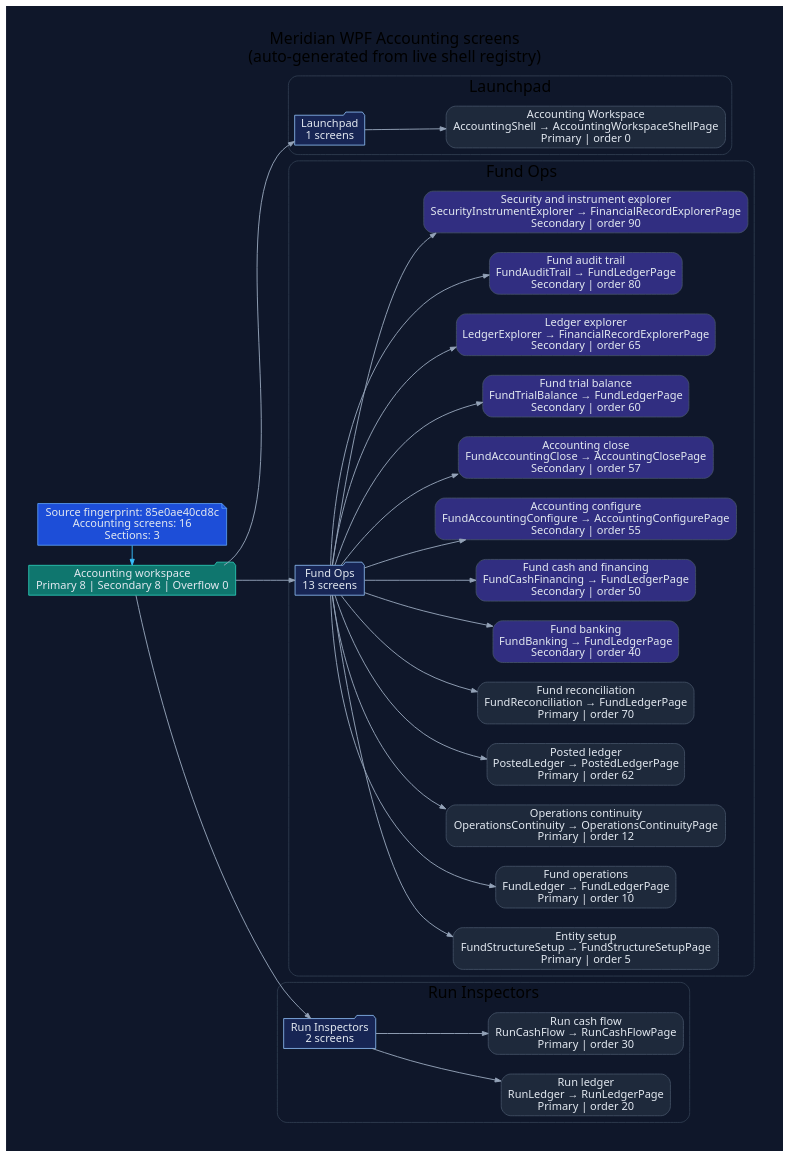
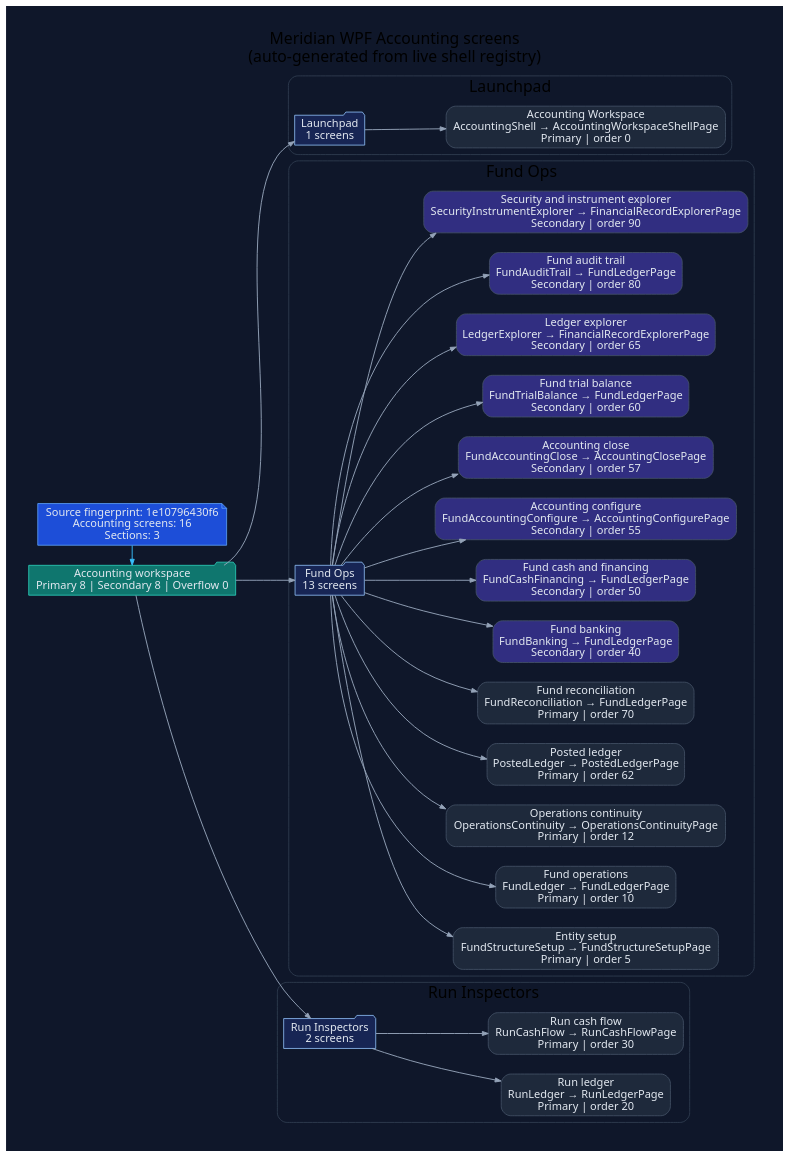
Before and after one commit to rodoHasArrived/Meridian-main: the diagram in docs/diagrams/ui/ui-wpf-screens-accounting.dot, drawn with Graphviz. The commit also changed 644 other files, not shown here.

```diff
--- a/docs/diagrams/ui/ui-wpf-screens-accounting.dot
+++ b/docs/diagrams/ui/ui-wpf-screens-accounting.dot
@@ -1,82 +1,82 @@
 // -----------------------------------------------------------------------------
 // <auto-generated>
 // Generated by scripts/generate-diagrams.mjs.
 // Do not edit this file directly; update the WPF source files instead.
 // -----------------------------------------------------------------------------
 digraph WpfAccountingScreens {
   graph [
     rankdir=LR,
     labelloc=t,
     label="Meridian WPF Accounting screens\n(auto-generated from live shell registry)",
     fontname="Segoe UI",
     fontsize=20,
     pad=0.4,
     nodesep=0.35,
     ranksep=0.85,
     bgcolor="#0f172a"
   ];
   node [fontname="Segoe UI", shape=box, style="rounded,filled", color="#475569", fontcolor="#e2e8f0", fillcolor="#1e293b"];
   edge [fontname="Segoe UI", color="#94a3b8", penwidth=1.2, arrowsize=0.75];
 
-  generated [shape=note, fillcolor="#1d4ed8", color="#60a5fa", label="Source fingerprint: 85e0ae40cd8c\nAccounting screens: 16\nSections: 3"];
+  generated [shape=note, fillcolor="#1d4ed8", color="#60a5fa", label="Source fingerprint: 1e10796430f6\nAccounting screens: 16\nSections: 3"];
   workspace [shape=folder, fillcolor="#0f766e", color="#2dd4bf", label="Accounting workspace\nPrimary 8 | Secondary 8 | Overflow 0"];
   generated -> workspace [color="#38bdf8"];
 
   subgraph cluster_section_1 {
     label="Launchpad";
     color="#334155";
     style="rounded";
     section_1 [shape=folder, fillcolor="#172554", color="#93c5fd", label="Launchpad\n1 screens"];
     workspace -> section_1;
     screen_AccountingShell [fillcolor="#1e293b", label="Accounting Workspace\nAccountingShell → AccountingWorkspaceShellPage\nPrimary | order 0"];
     section_1 -> screen_AccountingShell;
   }
 
   subgraph cluster_section_2 {
     label="Fund Ops";
     color="#334155";
     style="rounded";
     section_2 [shape=folder, fillcolor="#172554", color="#93c5fd", label="Fund Ops\n13 screens"];
     workspace -> section_2;
     screen_FundStructureSetup [fillcolor="#1e293b", label="Entity setup\nFundStructureSetup → FundStructureSetupPage\nPrimary | order 5"];
     section_2 -> screen_FundStructureSetup;
     screen_FundLedger [fillcolor="#1e293b", label="Fund operations\nFundLedger → FundLedgerPage\nPrimary | order 10"];
     section_2 -> screen_FundLedger;
     screen_OperationsContinuity [fillcolor="#1e293b", label="Operations continuity\nOperationsContinuity → OperationsContinuityPage\nPrimary | order 12"];
     section_2 -> screen_OperationsContinuity;
     screen_PostedLedger [fillcolor="#1e293b", label="Posted ledger\nPostedLedger → PostedLedgerPage\nPrimary | order 62"];
     section_2 -> screen_PostedLedger;
     screen_FundReconciliation [fillcolor="#1e293b", label="Fund reconciliation\nFundReconciliation → FundLedgerPage\nPrimary | order 70"];
     section_2 -> screen_FundReconciliation;
     screen_FundBanking [fillcolor="#312e81", label="Fund banking\nFundBanking → FundLedgerPage\nSecondary | order 40"];
     section_2 -> screen_FundBanking;
     screen_FundCashFinancing [fillcolor="#312e81", label="Fund cash and financing\nFundCashFinancing → FundLedgerPage\nSecondary | order 50"];
     section_2 -> screen_FundCashFinancing;
     screen_FundAccountingConfigure [fillcolor="#312e81", label="Accounting configure\nFundAccountingConfigure → AccountingConfigurePage\nSecondary | order 55"];
     section_2 -> screen_FundAccountingConfigure;
     screen_FundAccountingClose [fillcolor="#312e81", label="Accounting close\nFundAccountingClose → AccountingClosePage\nSecondary | order 57"];
     section_2 -> screen_FundAccountingClose;
     screen_FundTrialBalance [fillcolor="#312e81", label="Fund trial balance\nFundTrialBalance → FundLedgerPage\nSecondary | order 60"];
     section_2 -> screen_FundTrialBalance;
     screen_LedgerExplorer [fillcolor="#312e81", label="Ledger explorer\nLedgerExplorer → FinancialRecordExplorerPage\nSecondary | order 65"];
     section_2 -> screen_LedgerExplorer;
     screen_FundAuditTrail [fillcolor="#312e81", label="Fund audit trail\nFundAuditTrail → FundLedgerPage\nSecondary | order 80"];
     section_2 -> screen_FundAuditTrail;
     screen_SecurityInstrumentExplorer [fillcolor="#312e81", label="Security and instrument explorer\nSecurityInstrumentExplorer → FinancialRecordExplorerPage\nSecondary | order 90"];
     section_2 -> screen_SecurityInstrumentExplorer;
   }
 
   subgraph cluster_section_3 {
     label="Run Inspectors";
     color="#334155";
     style="rounded";
     section_3 [shape=folder, fillcolor="#172554", color="#93c5fd", label="Run Inspectors\n2 screens"];
     workspace -> section_3;
     screen_RunLedger [fillcolor="#1e293b", label="Run ledger\nRunLedger → RunLedgerPage\nPrimary | order 20"];
     section_3 -> screen_RunLedger;
     screen_RunCashFlow [fillcolor="#1e293b", label="Run cash flow\nRunCashFlow → RunCashFlowPage\nPrimary | order 30"];
     section_3 -> screen_RunCashFlow;
   }
 
   { rank=min; generated; workspace; }
 }
```
